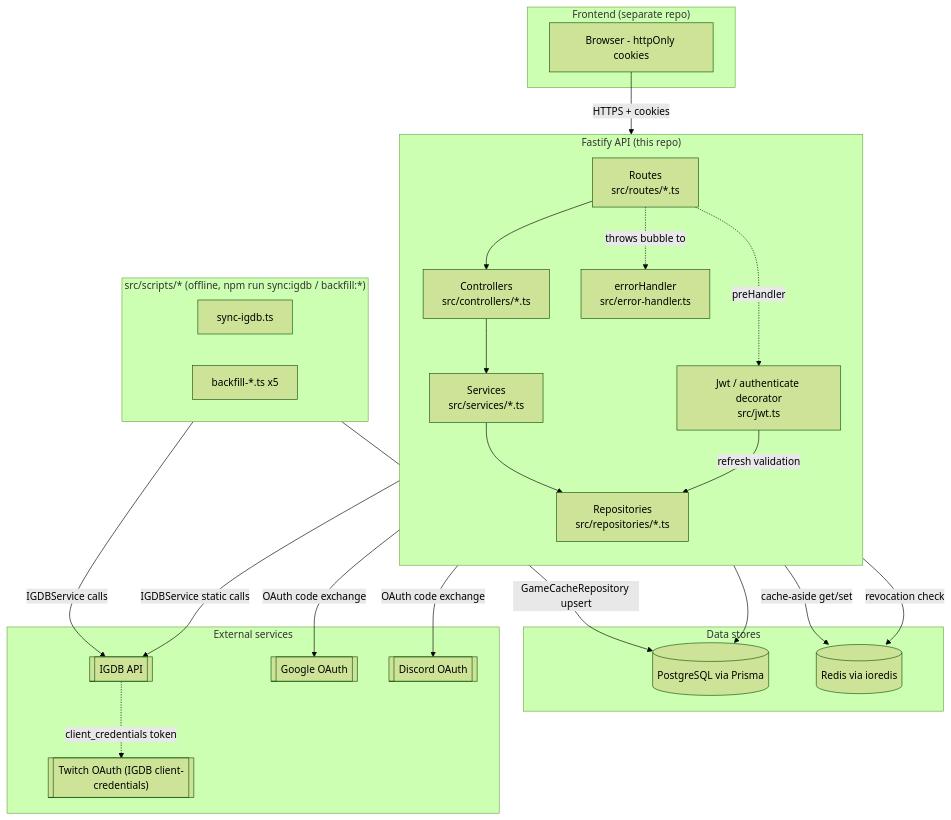
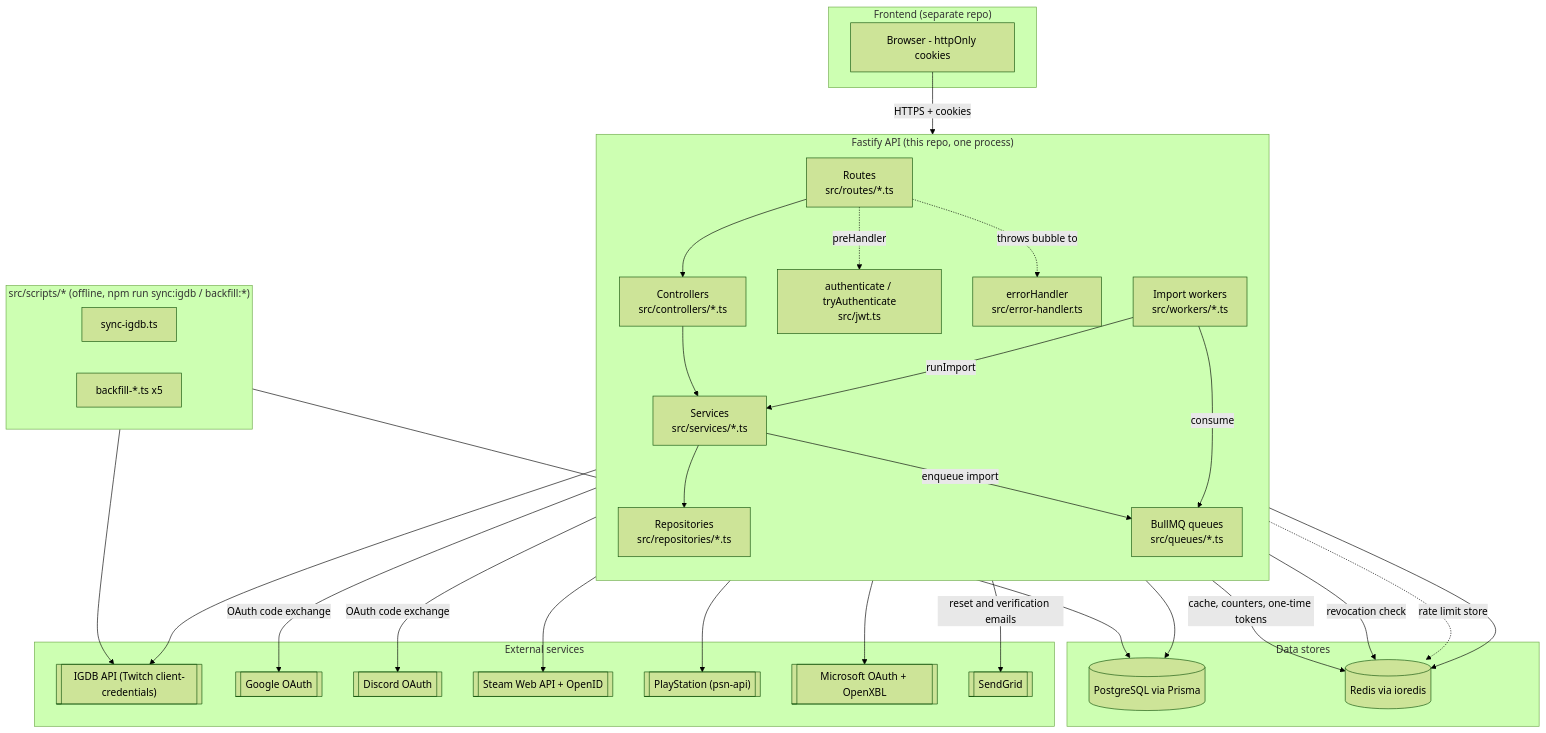
One commit to MathQuente/lib changed the diagram in docs/CODEBASE_MAP.md. Above: the diagram before and after it, drawn with Mermaid (forest theme). The commit also changed other lines of this file and 14 other files, not shown here.

````diff
--- a/docs/CODEBASE_MAP.md
+++ b/docs/CODEBASE_MAP.md
@@ -15,48 +15,60 @@
 ```mermaid
 flowchart TB
     subgraph Client["Frontend (separate repo)"]
         FE[Browser - httpOnly cookies]
     end
 
-    subgraph API["Fastify API (this repo)"]
+    subgraph API["Fastify API (this repo, one process)"]
         direction TB
         ROUTES["Routes\nsrc/routes/*.ts"]
         CTRL["Controllers\nsrc/controllers/*.ts"]
         SVC["Services\nsrc/services/*.ts"]
         REPO["Repositories\nsrc/repositories/*.ts"]
-        JWTMOD["Jwt / authenticate decorator\nsrc/jwt.ts"]
+        JWTMOD["authenticate / tryAuthenticate\nsrc/jwt.ts"]
         ERR["errorHandler\nsrc/error-handler.ts"]
+        QUEUES["BullMQ queues\nsrc/queues/*.ts"]
+        WORKERS["Import workers\nsrc/workers/*.ts"]
     end
 
     subgraph Data["Data stores"]
         PG[(PostgreSQL via Prisma)]
         REDIS[(Redis via ioredis)]
     end
 
     subgraph External["External services"]
-        IGDB[["IGDB API"]]
-        TWITCH[["Twitch OAuth (IGDB client-credentials)"]]
+        IGDB[["IGDB API (Twitch client-credentials)"]]
         GOOGLE[["Google OAuth"]]
         DISCORD[["Discord OAuth"]]
+        STEAM[["Steam Web API + OpenID"]]
+        PSN[["PlayStation (psn-api)"]]
+        XBOX[["Microsoft OAuth + OpenXBL"]]
+        SENDGRID[["SendGrid"]]
     end
 
     FE -->|HTTPS + cookies| ROUTES
     ROUTES --> CTRL --> SVC --> REPO
     REPO --> PG
-    SVC -->|cache-aside get/set| REDIS
+    SVC -->|cache, counters, one-time tokens| REDIS
     ROUTES -.->|preHandler| JWTMOD
     JWTMOD -->|revocation check| REDIS
-    JWTMOD -->|refresh validation| REPO
+    ROUTES -.->|rate limit store| REDIS
     ROUTES -.->|throws bubble to| ERR
-    SVC -->|IGDBService static calls| IGDB
-    IGDB -.->|client_credentials token| TWITCH
+    SVC --> IGDB
+    SVC -->|enqueue import| QUEUES
+    QUEUES --> REDIS
+    WORKERS -->|consume| QUEUES
+    WORKERS -->|runImport| SVC
+    SVC --> STEAM
+    SVC --> PSN
+    SVC --> XBOX
+    SVC -->|reset and verification emails| SENDGRID
     CTRL -->|OAuth code exchange| GOOGLE
     CTRL -->|OAuth code exchange| DISCORD
 
     subgraph Scripts["src/scripts/* (offline, npm run sync:igdb / backfill:*)"]
         SYNC[sync-igdb.ts]
         BF[backfill-*.ts x5]
     end
-    Scripts -->|IGDBService calls| IGDB
-    Scripts -->|GameCacheRepository upsert| PG
+    Scripts --> IGDB
+    Scripts --> PG
 ```
````
